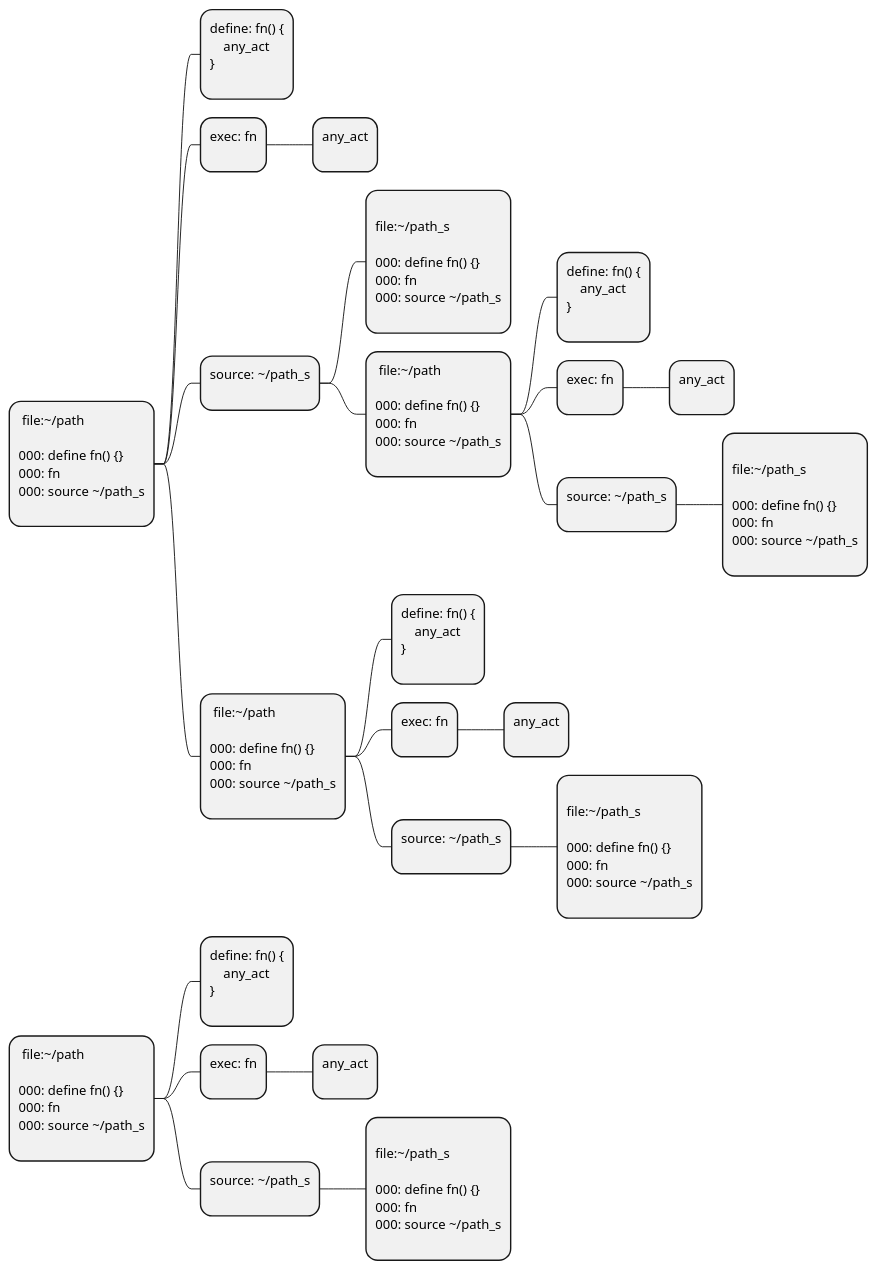
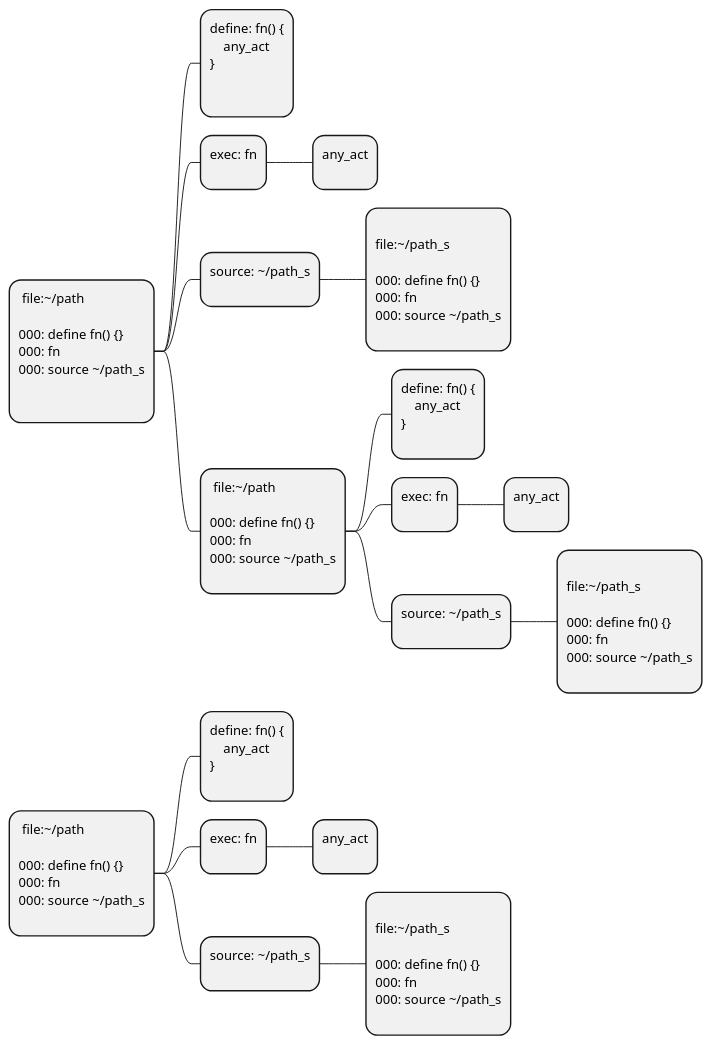
One commit to legioner9/sta changed the diagram in .d/.st_rc_d.data.d/ufl_stl0/.flow.d/010_d2u/_tst/part_1/_dir_tst/tst.res.puml. Above: the diagram before and after it, drawn with PlantUML. The commit also changed 22 other files, not shown here.

Commit message:
<> ufl_stl0 10 v1 #2

```diff
--- a/.d/.st_rc_d.data.d/ufl_stl0/.flow.d/010_d2u/_tst/part_1/_dir_tst/tst.res.puml
+++ b/.d/.st_rc_d.data.d/ufl_stl0/.flow.d/010_d2u/_tst/part_1/_dir_tst/tst.res.puml
@@ -1,130 +1,100 @@
 @startmindmap
-'/home/st/REPOBARE/_repo/sta/.d/.st_rc_d.data.d/ufl_stl0/.flow.d/010_d2u/_tst/part_1/_dir_tst/tst.cntx.d/__001.puml
+'/home/st/REPOBARE/_repo/sta/.d/.st_rc_d.data.d/ufl_stl0/.flow.d/010_d2u/_tst/part_1/_dir_tst/_tst.cntx/__001.puml
 
 
 *: file:\~/path
 
 000: define fn() {}
 000: fn 
 000: source \~/path_s
+
 ;
 
 **:define: fn() {
     any_act
 }
+
 ;
 
 **:exec: fn
 ;
 
 ***:any_act
 ;
 
 **:source: \~/path_s
 ;
 
 ***:
 file:\~/path_s
 
 000: define fn() {}
 000: fn 
 000: source \~/path_s
 ;
 
-'/home/st/REPOBARE/_repo/sta/.d/.st_rc_d.data.d/ufl_stl0/.flow.d/010_d2u/_tst/part_1/_dir_tst/tst.cntx.d/002.d/001.d/__001.puml
-
-
-***: file:\~/path
-
-000: define fn() {}
-000: fn 
-000: source \~/path_s
-;
-
-****:define: fn() {
-    any_act
-}
-;
-
-****:exec: fn
-;
-
-*****:any_act
-;
-
-****:source: \~/path_s
-;
-
-*****:
-file:\~/path_s
-
-000: define fn() {}
-000: fn 
-000: source \~/path_s
-;
-
-'/home/st/REPOBARE/_repo/sta/.d/.st_rc_d.data.d/ufl_stl0/.flow.d/010_d2u/_tst/part_1/_dir_tst/tst.cntx.d/002.d/__002.puml
+'/home/st/REPOBARE/_repo/sta/.d/.st_rc_d.data.d/ufl_stl0/.flow.d/010_d2u/_tst/part_1/_dir_tst/_tst.cntx/002.d/__002.puml
 
 
 **: file:\~/path
 
 000: define fn() {}
 000: fn 
 000: source \~/path_s
 ;
 
 ***:define: fn() {
     any_act
 }
 ;
 
 ***:exec: fn
 ;
 
 ****:any_act
 ;
 
 ***:source: \~/path_s
 ;
 
 ****:
 file:\~/path_s
 
 000: define fn() {}
 000: fn 
 000: source \~/path_s
 ;
 
-'/home/st/REPOBARE/_repo/sta/.d/.st_rc_d.data.d/ufl_stl0/.flow.d/010_d2u/_tst/part_1/_dir_tst/tst.cntx.d/__003.puml
+'/home/st/REPOBARE/_repo/sta/.d/.st_rc_d.data.d/ufl_stl0/.flow.d/010_d2u/_tst/part_1/_dir_tst/_tst.cntx/__003.puml
 
 
 *: file:\~/path
 
 000: define fn() {}
 000: fn 
 000: source \~/path_s
 ;
 
 **:define: fn() {
     any_act
 }
 ;
 
 **:exec: fn
 ;
 
 ***:any_act
 ;
 
 **:source: \~/path_s
 ;
 
 ***:
 file:\~/path_s
 
 000: define fn() {}
 000: fn 
 000: source \~/path_s
 ;
 
 @endmindmap
```
